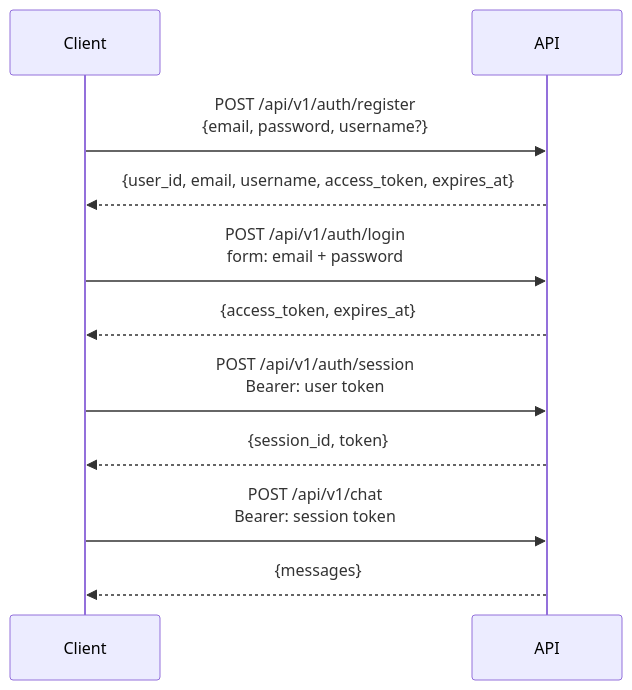
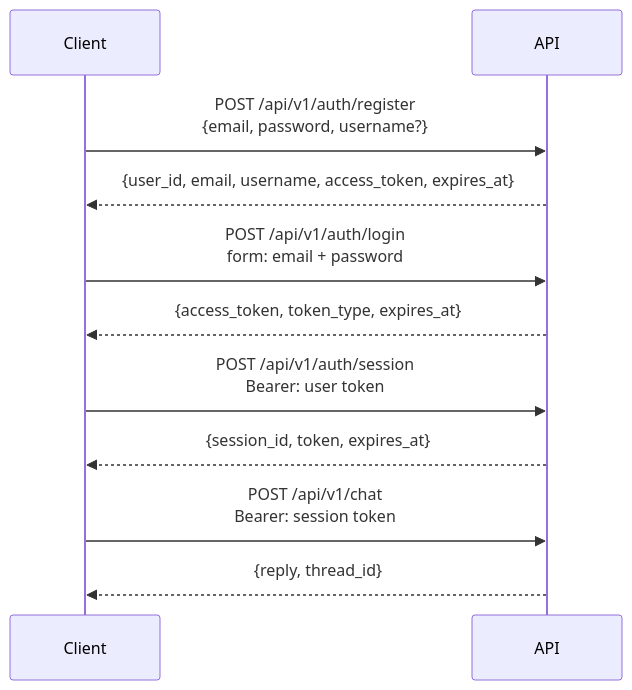
Before and after one commit to dinoesau/langgraph-template: the diagram in docs/authentication.md, drawn with Mermaid. The commit also changed other lines of this file and 22 other files, not shown here.

````diff
--- a/docs/authentication.md
+++ b/docs/authentication.md
@@ -18,17 +21,17 @@
 ```mermaid
 sequenceDiagram
     participant C as Client
     participant A as API
 
     C->>A: POST /api/v1/auth/register<br/>{email, password, username?}
     A-->>C: {user_id, email, username, access_token, expires_at}
 
     C->>A: POST /api/v1/auth/login<br/>form: email + password
-    A-->>C: {access_token, expires_at}
+    A-->>C: {access_token, token_type, expires_at}
 
     C->>A: POST /api/v1/auth/session<br/>Bearer: user token
-    A-->>C: {session_id, token}
+    A-->>C: {session_id, token, expires_at}
 
     C->>A: POST /api/v1/chat<br/>Bearer: session token
-    A-->>C: {messages}
+    A-->>C: {reply, thread_id}
 ```
````
